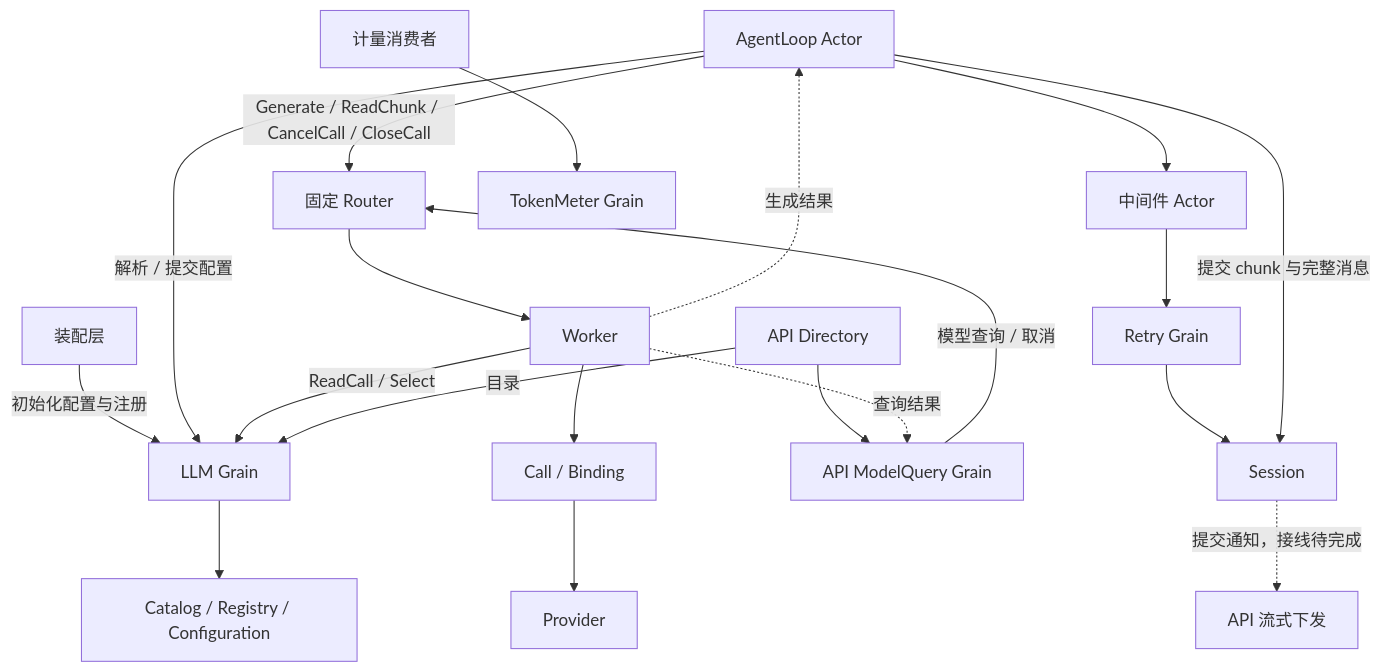
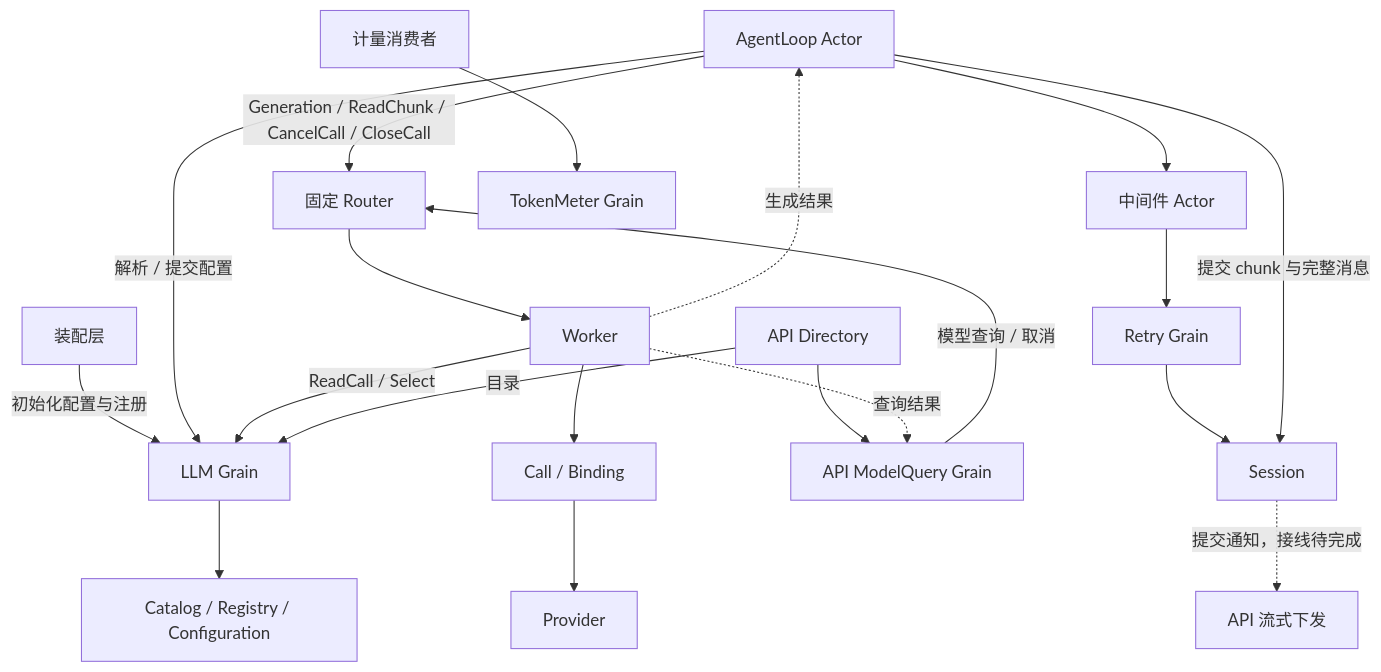
Before and after one commit to gorenx/goren: the diagram in llm/README.zh-CN.md, drawn with Mermaid. The commit also changed other lines of this file and 7 other files, not shown here.

````diff
--- a/llm/README.zh-CN.md
+++ b/llm/README.zh-CN.md
@@ -31,22 +31,22 @@
 ```mermaid
 flowchart TD
  C[装配层] -->|初始化配置与注册| L[LLM Grain]
  A[AgentLoop Actor] -->|解析 / 提交配置| L
- A -->|Generate / ReadChunk / CancelCall / CloseCall| R[固定 Router]
+ A -->|Generation / ReadChunk / CancelCall / CloseCall| R[固定 Router]
  R --> W[Worker]
  W -->|ReadCall / Select| L
  L --> M[Catalog / Registry / Configuration]
  W --> B[Call / Binding]
  B --> P[Provider]
  W -.生成结果.-> A
  D[API Directory] -->|目录| L
  D --> Q[API ModelQuery Grain]
  Q -->|模型查询 / 取消| R
  W -.查询结果.-> Q
  A --> H[中间件 Actor]
  H --> E[Retry Grain]
  E --> S[Session]
  A -->|提交 chunk 与完整消息| S
  X[计量消费者] --> T[TokenMeter Grain]
  S -.提交通知，接线待完成.-> API[API 流式下发]
 ```
````
